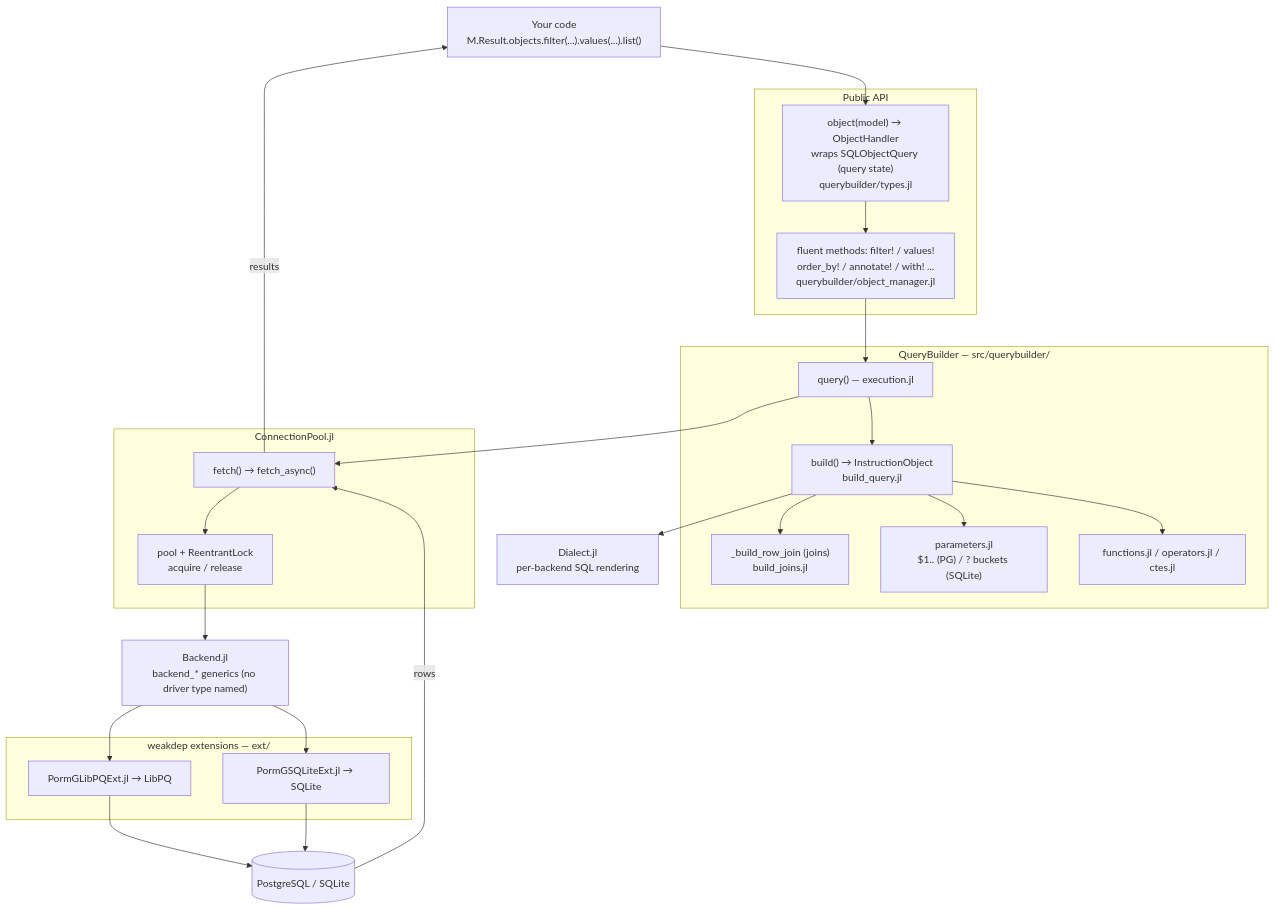
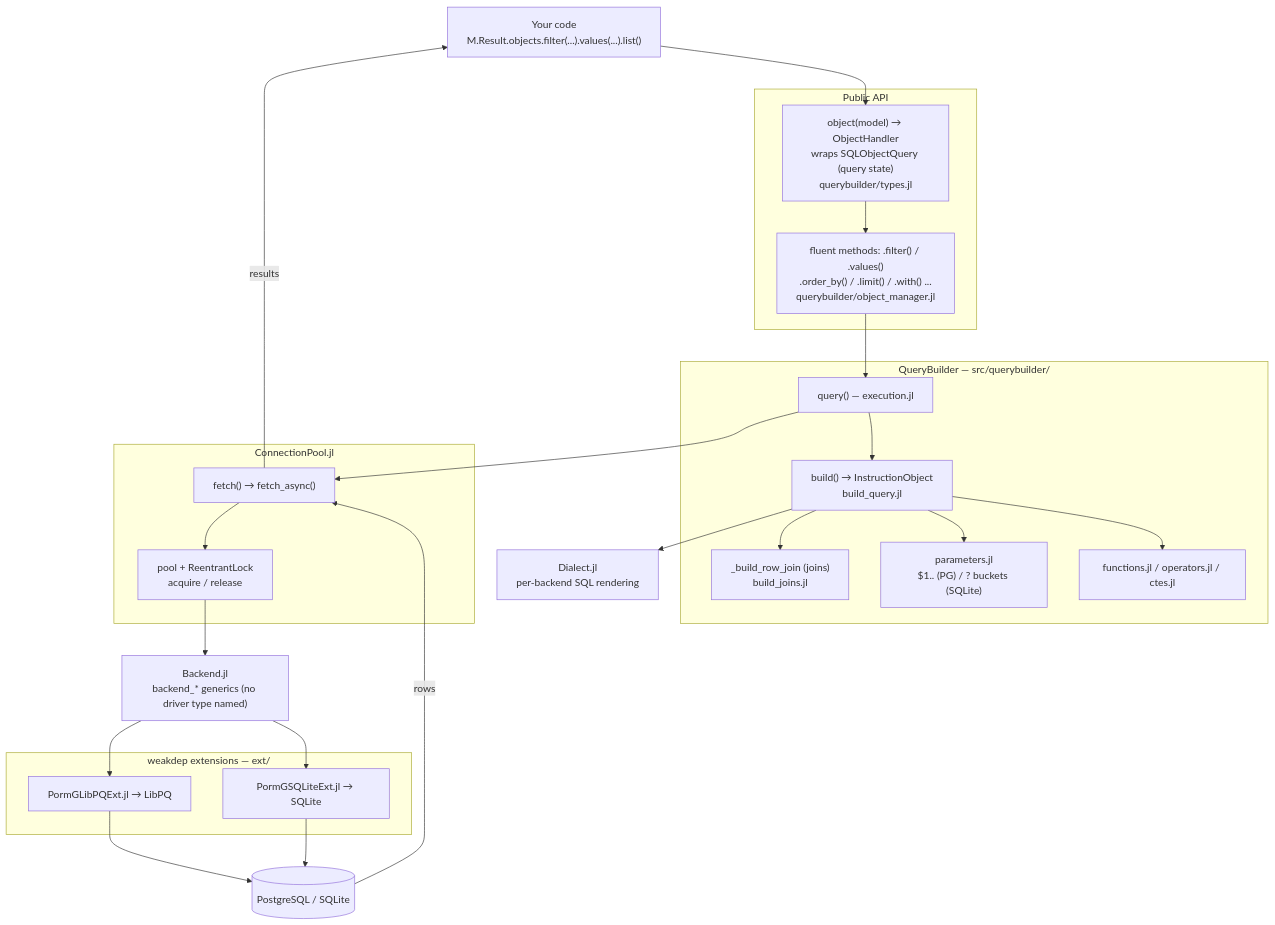
Before and after one commit to PingoLee/PormG.jl: the first of 4 diagrams in docs/src/architecture.md, drawn with Mermaid. The commit also changed 6 other files, not shown here.

````diff
--- a/docs/src/architecture.md
+++ b/docs/src/architecture.md
@@ -13,41 +13,41 @@
 ```mermaid
 flowchart TD
   U["Your code<br/>M.Result.objects.filter(...).values(...).list()"]
 
   subgraph API["Public API"]
     OBJ["object(model) → ObjectHandler<br/>wraps SQLObjectQuery (query state)<br/>querybuilder/types.jl"]
-    CHAIN["fluent methods: filter! / values!<br/>order_by! / annotate! / with! ...<br/>querybuilder/object_manager.jl"]
+    CHAIN["fluent methods: .filter() / .values()<br/>.order_by() / .limit() / .with() ...<br/>querybuilder/object_manager.jl"]
   end
 
   subgraph QB["QueryBuilder — src/querybuilder/"]
     Q["query() — execution.jl"]
     B["build() → InstructionObject<br/>build_query.jl"]
     J["_build_row_join (joins)<br/>build_joins.jl"]
     P["parameters.jl<br/>$1.. (PG) / ? buckets (SQLite)"]
     F["functions.jl / operators.jl / ctes.jl"]
   end
 
   DI["Dialect.jl<br/>per-backend SQL rendering"]
 
   subgraph CP["ConnectionPool.jl"]
     FE["fetch() → fetch_async()"]
     POOL["pool + ReentrantLock<br/>acquire / release"]
   end
 
   BK["Backend.jl<br/>backend_* generics (no driver type named)"]
   subgraph EXT["weakdep extensions — ext/"]
     PG["PormGLibPQExt.jl → LibPQ"]
     SL["PormGSQLiteExt.jl → SQLite"]
   end
   DB[("PostgreSQL / SQLite")]
 
   U --> OBJ --> CHAIN --> Q --> B
   B --> J
   B --> P
   B --> F
   B --> DI
   Q --> FE --> POOL --> BK
   BK --> PG --> DB
   BK --> SL --> DB
   DB -->|rows| FE -->|results| U
 ```
````
